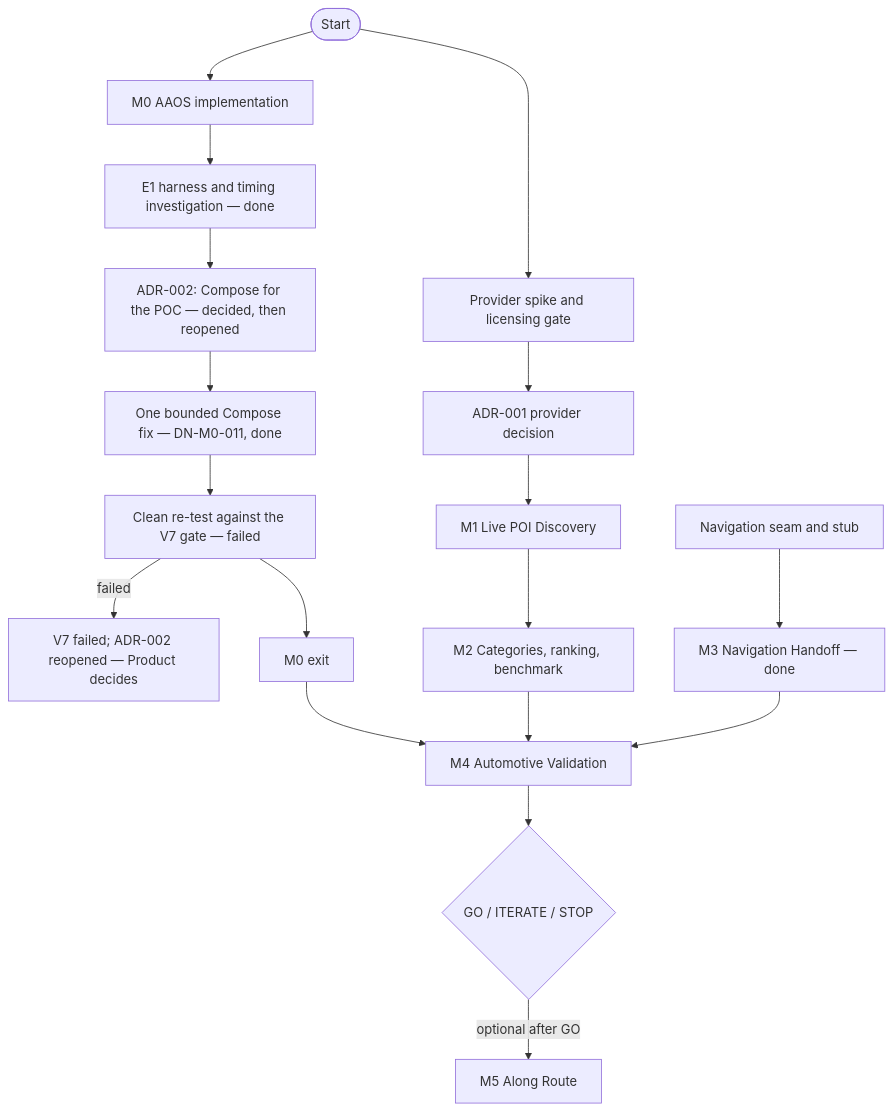
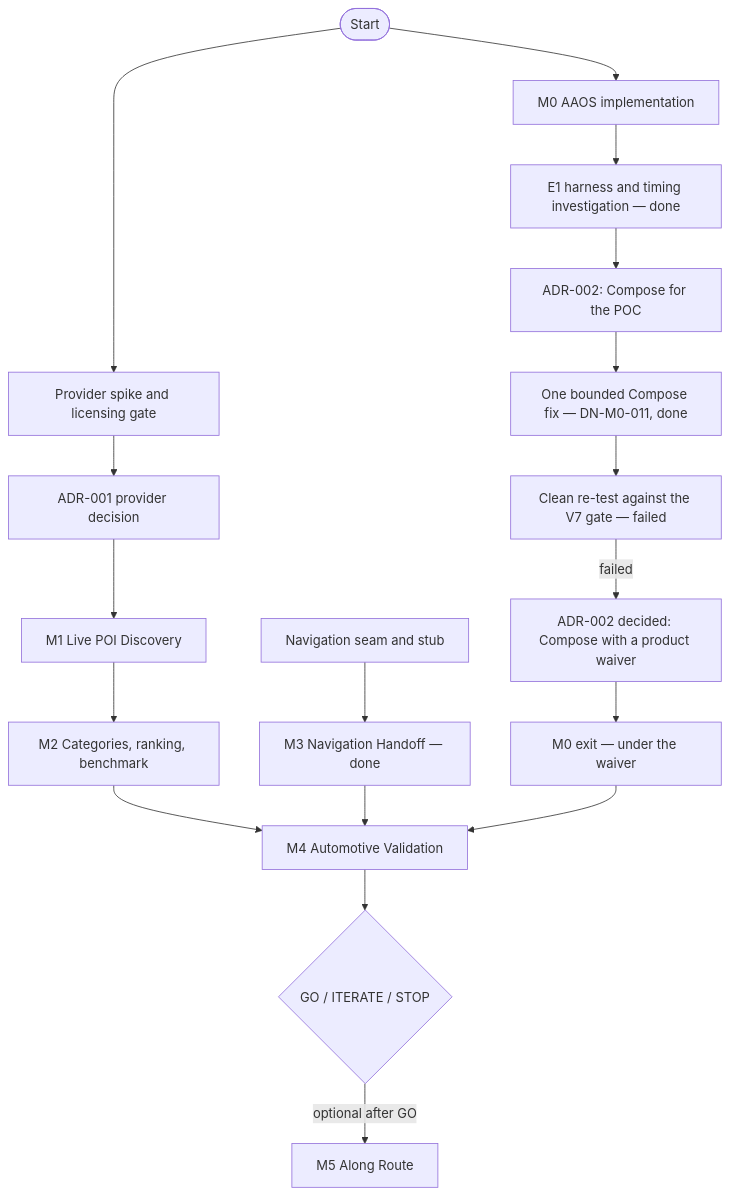
The diagram in docs/05-discover-nearby-delivery-plan.md (Kanyandula/DiscoverNearby), drawn with Mermaid before and after one commit. The commit also changed other lines of this file and 13 other files, not shown here.

First line of the commit message:
Record ADR-002: Compose with a product waiver; remove the probe

````diff
--- a/docs/05-discover-nearby-delivery-plan.md
+++ b/docs/05-discover-nearby-delivery-plan.md
@@ -330,20 +330,20 @@
 ```mermaid
 flowchart TD
     start([Start]) --> m0[M0 AAOS implementation]
     start --> spike[Provider spike and licensing gate]
     m0 --> e1[E1 harness and timing investigation — done]
-    e1 --> adr2[ADR-002: Compose for the POC — decided, then reopened]
+    e1 --> adr2[ADR-002: Compose for the POC]
     adr2 --> uiwork[One bounded Compose fix — DN-M0-011, done]
     uiwork --> v7[Clean re-test against the V7 gate — failed]
-    v7 -->|failed| reopen[V7 failed; ADR-002 reopened — Product decides]
-    v7 --> m0exit[M0 exit]
+    v7 -->|failed| waiver[ADR-002 decided: Compose with a product waiver]
+    waiver --> m0exit[M0 exit — under the waiver]
     spike --> adr1[ADR-001 provider decision]
     adr1 --> m1[M1 Live POI Discovery]
     m1 --> m2[M2 Categories, ranking, benchmark]
     seam[Navigation seam and stub] --> m3[M3 Navigation Handoff — done]
     m2 --> m4[M4 Automotive Validation]
     m3 --> m4
     m0exit --> m4
     m4 --> go{GO / ITERATE / STOP}
     go -->|optional after GO| m5[M5 Along Route]
 ```
````
